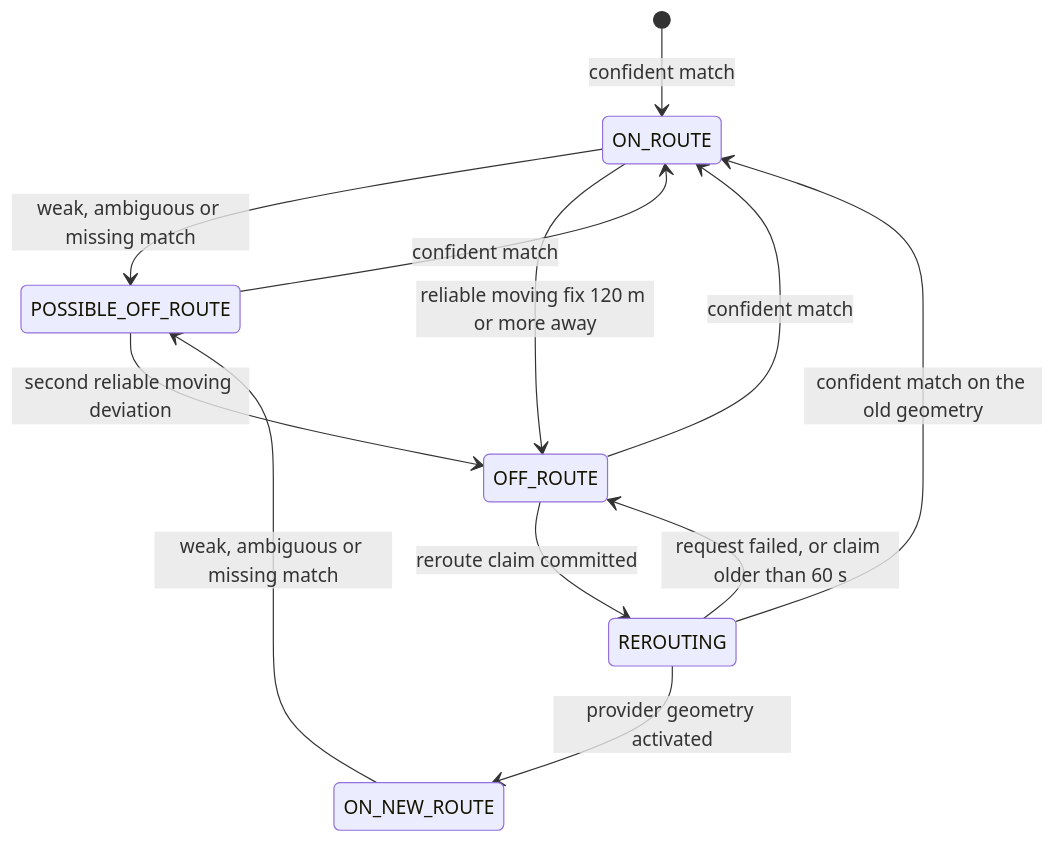
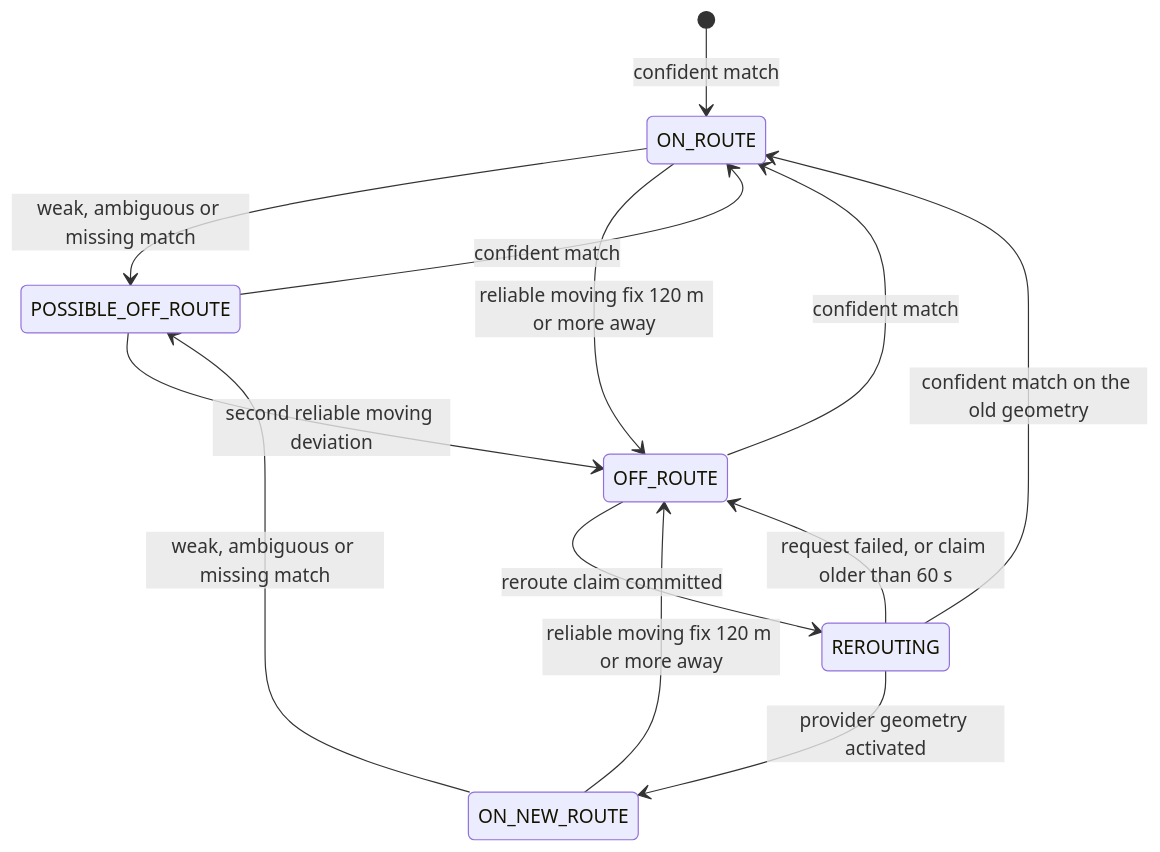
One commit to notnamansinha/Eki changed the second of 4 diagrams in docs/design/TRACKING_ALGORITHMS.md. Above: the diagram before and after it, drawn with Mermaid. The commit also changed other lines of this file and 69 other files, not shown here.

````diff
--- a/docs/design/TRACKING_ALGORITHMS.md
+++ b/docs/design/TRACKING_ALGORITHMS.md
@@ -209,14 +209,15 @@
 ```mermaid
 stateDiagram-v2
   [*] --> ON_ROUTE: confident match
   ON_ROUTE --> POSSIBLE_OFF_ROUTE: weak, ambiguous or missing match
   POSSIBLE_OFF_ROUTE --> ON_ROUTE: confident match
   POSSIBLE_OFF_ROUTE --> OFF_ROUTE: second reliable moving deviation
   ON_ROUTE --> OFF_ROUTE: reliable moving fix 120 m or more away
   OFF_ROUTE --> ON_ROUTE: confident match
   OFF_ROUTE --> REROUTING: reroute claim committed
   REROUTING --> ON_NEW_ROUTE: provider geometry activated
   REROUTING --> OFF_ROUTE: request failed, or claim older than 60 s
   REROUTING --> ON_ROUTE: confident match on the old geometry
   ON_NEW_ROUTE --> POSSIBLE_OFF_ROUTE: weak, ambiguous or missing match
+  ON_NEW_ROUTE --> OFF_ROUTE: reliable moving fix 120 m or more away
 ```
````
